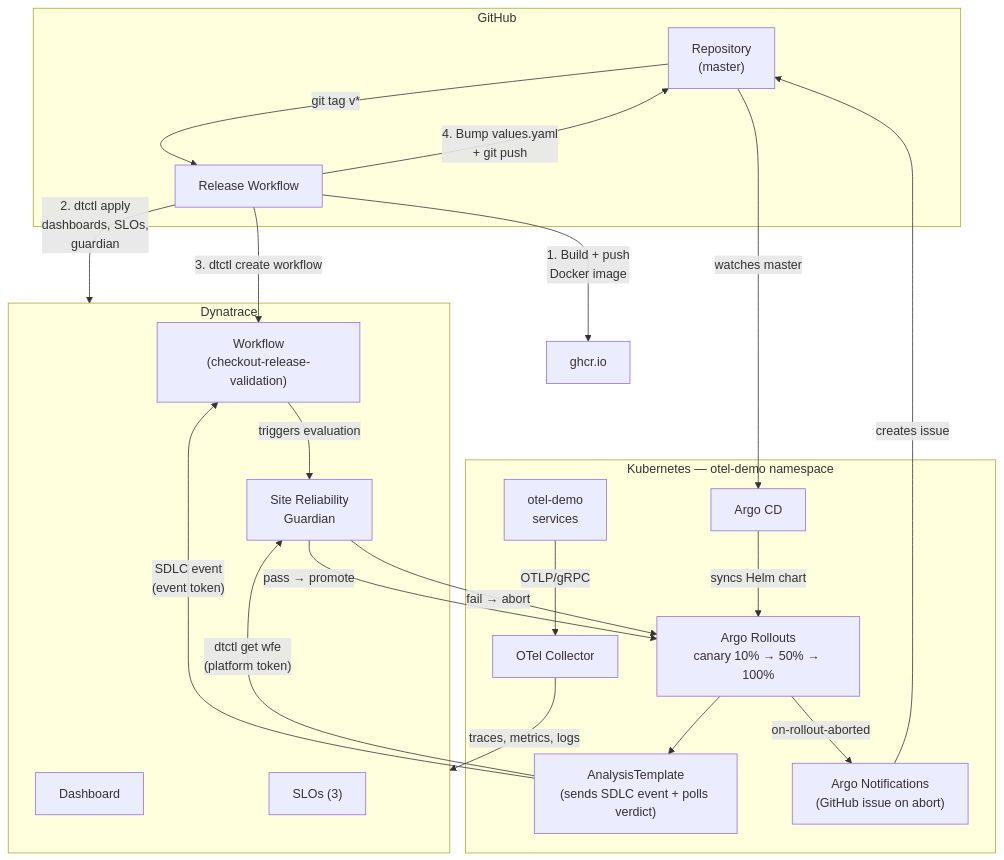
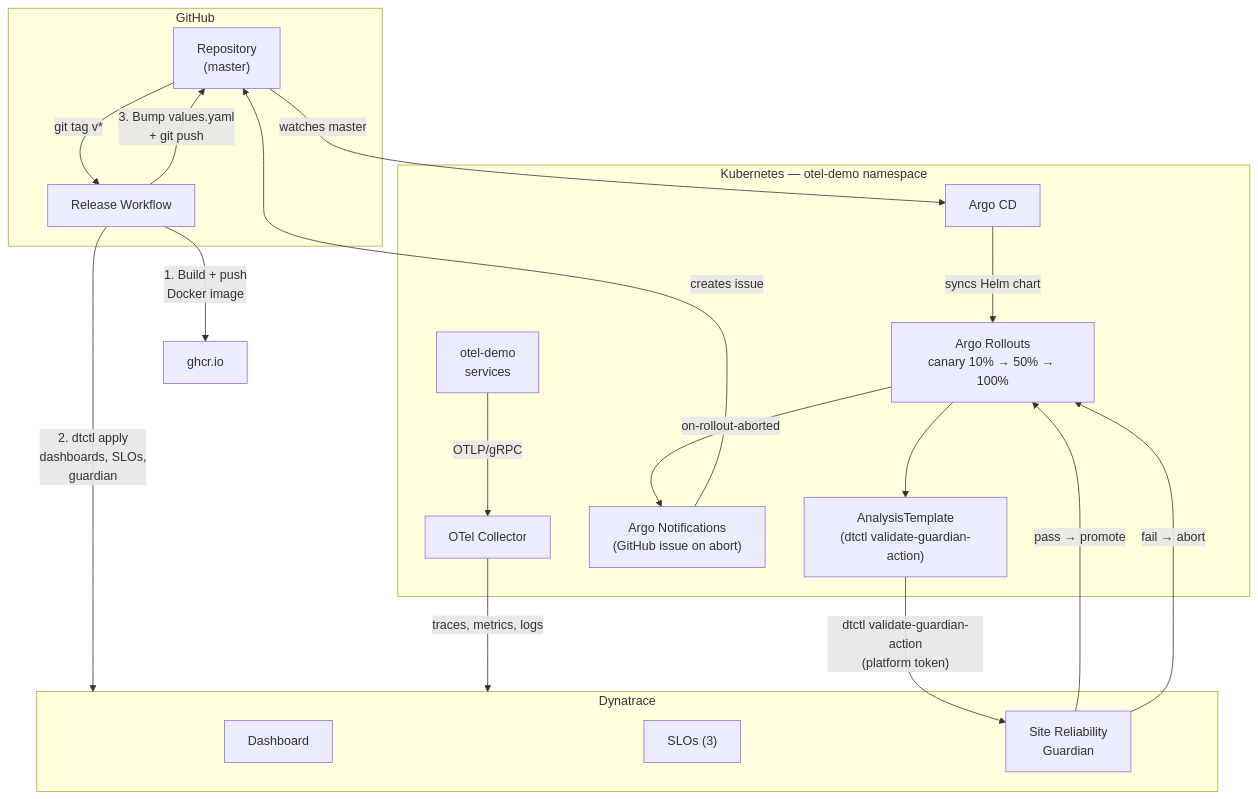
One commit to Observe-Resolve/dtctl changed the diagram in README.md. Above: the diagram before and after it, drawn with Mermaid. The commit also changed other lines of this file, not shown here.

First line of the commit message:
docs: remove workflow from architecture, add scenario-3 mesh prerequisite

````diff
--- a/README.md
+++ b/README.md
@@ -19,43 +19,39 @@
 ```mermaid
 graph TD
     subgraph GitHub
         Repo["Repository<br/>(master)"]
         CI["Release Workflow"]
     end
 
     subgraph Dynatrace
         Dashboard["Dashboard"]
         SLOs["SLOs (3)"]
-        Workflow["Workflow<br/>(checkout-release-validation)"]
         Guardian["Site Reliability<br/>Guardian"]
     end
 
     subgraph Kubernetes [Kubernetes — otel-demo namespace]
         ArgoCD["Argo CD"]
         Rollouts["Argo Rollouts<br/>canary 10% → 50% → 100%"]
-        Analysis["AnalysisTemplate<br/>(sends SDLC event + polls verdict)"]
+        Analysis["AnalysisTemplate<br/>(dtctl validate-guardian-action)"]
         Notifications["Argo Notifications<br/>(GitHub issue on abort)"]
         OtelDemo["otel-demo<br/>services"]
         Collector["OTel Collector"]
     end
 
     Repo -- "git tag v*" --> CI
     CI -- "1. Build + push<br/>Docker image" --> GHCR["ghcr.io"]
     CI -- "2. dtctl apply<br/>dashboards, SLOs,<br/>guardian" --> Dynatrace
-    CI -- "3. dtctl create workflow" --> Workflow
-    CI -- "4. Bump values.yaml<br/>+ git push" --> Repo
+    CI -- "3. Bump values.yaml<br/>+ git push" --> Repo
 
     Repo -- "watches master" --> ArgoCD
     ArgoCD -- "syncs Helm chart" --> Rollouts
     Rollouts --> Analysis
-    Analysis -- "SDLC event<br/>(event token)" --> Workflow
-    Workflow -- "triggers evaluation" --> Guardian
-    Analysis -- "dtctl get wfe<br/>(platform token)" --> Guardian
+    Analysis -- "dtctl validate-guardian-action<br/>(platform token)" --> Guardian
     Guardian -- "pass → promote" --> Rollouts
     Guardian -- "fail → abort" --> Rollouts
     Rollouts -- "on-rollout-aborted" --> Notifications
     Notifications -- "creates issue" --> Repo
 
     OtelDemo -- "OTLP/gRPC" --> Collector
     Collector -- "traces, metrics, logs" --> Dynatrace
 ```
````
